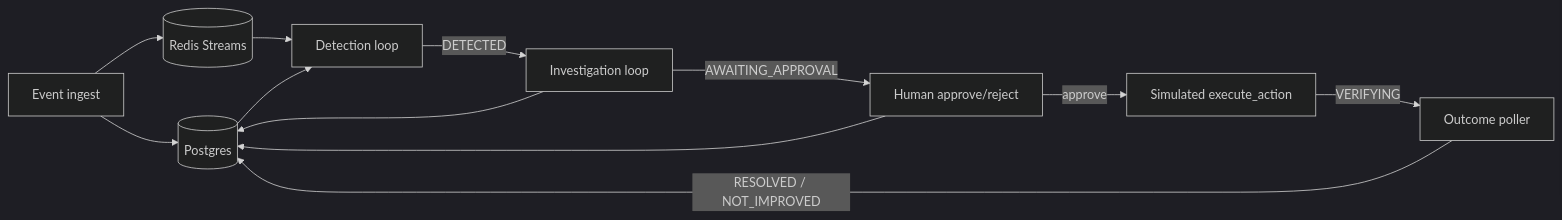
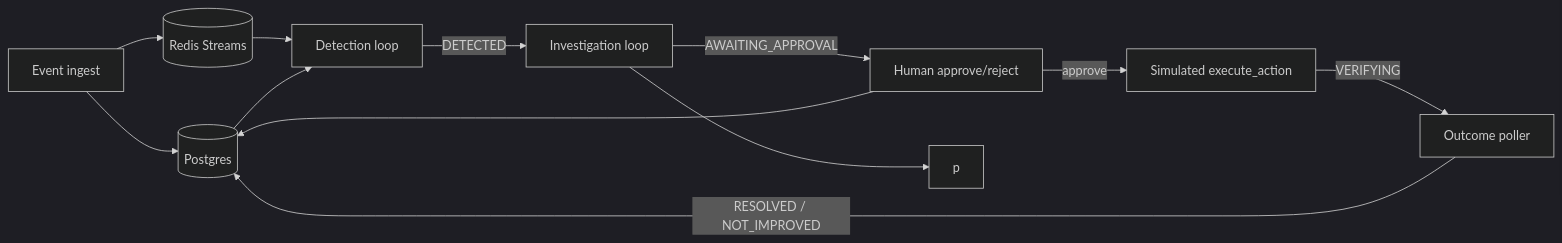
Before and after one commit to RAGHUTTAMA-DEV/Final-Lossline: the diagram in README.md, drawn with Mermaid (dark theme).

Commit message:
upadted the readme

````diff
--- a/README.md
+++ b/README.md
@@ -78,14 +78,14 @@
 ```mermaid
 flowchart LR
   ingest[Event ingest] --> pg[(Postgres)]
   ingest --> redis[(Redis Streams)]
   redis --> detect[Detection loop]
   pg --> detect
   detect -->|DETECTED| investigate[Investigation loop]
   investigate -->|AWAITING_APPROVAL| human[Human approve/reject]
   human -->|approve| execute[Simulated execute_action]
   execute -->|VERIFYING| outcome[Outcome poller]
   outcome -->|RESOLVED / NOT_IMPROVED| pg
-  investigate --> pg
+  investigate --> p
   human --> pg
 ```
````
